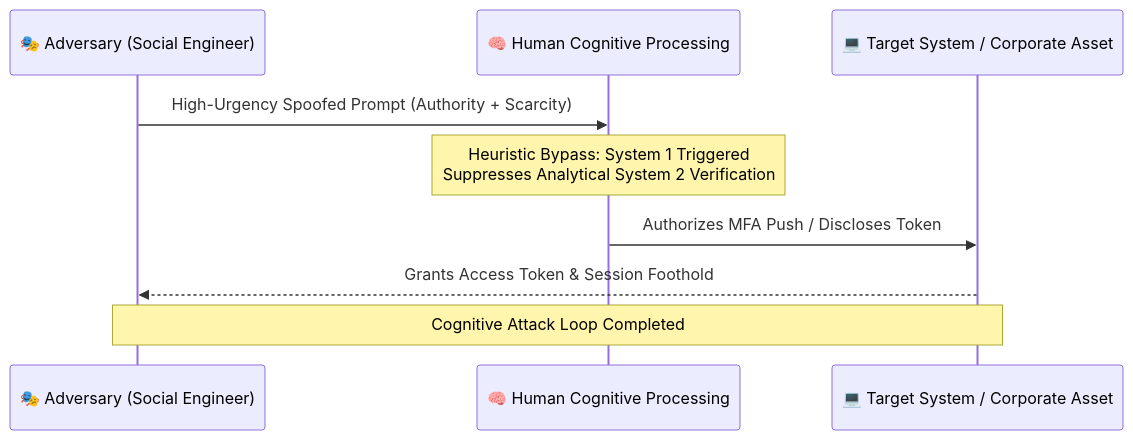
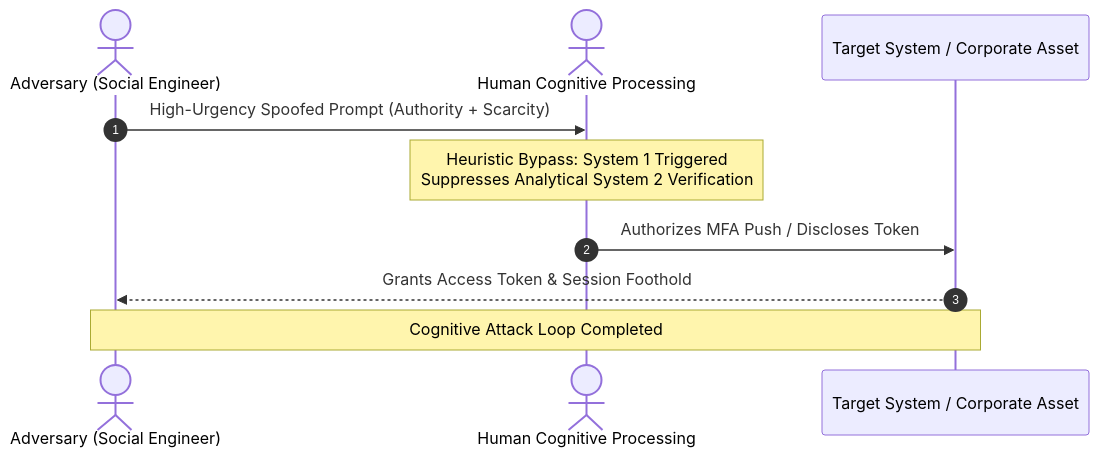
One commit to rpdev-cdn/iamrp.dev changed the third of 4 diagrams in content/Articles/Games_and_Complexity.md. Above: the diagram before and after it, drawn with Mermaid. The commit also changed other lines of this file and 1 other file, not shown here.

Commit message:
fix(math): enable @quartz-community/latex transformer in quartz.config.yaml and fix Mermaid syntax across Games_and_Complexity

````diff
--- a/content/Articles/Games_and_Complexity.md
+++ b/content/Articles/Games_and_Complexity.md
@@ -123,12 +139,13 @@
 ```mermaid
 sequenceDiagram
-    participant Attacker as 🎭 Adversary (Social Engineer)
-    participant Cognitive as 🧠 Human Cognitive Processing
-    participant System as 💻 Target System / Corporate Asset
+    autonumber
+    actor Attacker as Adversary (Social Engineer)
+    actor Cognitive as Human Cognitive Processing
+    participant System as Target System / Corporate Asset
 
     Attacker->>Cognitive: High-Urgency Spoofed Prompt (Authority + Scarcity)
-    Note over Cognitive: Heuristic Bypass: System 1 Triggered<br>Suppresses Analytical System 2 Verification
+    Note over Cognitive: Heuristic Bypass: System 1 Triggered<br/>Suppresses Analytical System 2 Verification
     Cognitive->>System: Authorizes MFA Push / Discloses Token
     System-->>Attacker: Grants Access Token & Session Foothold
     Note over Attacker,System: Cognitive Attack Loop Completed
 ```
````
